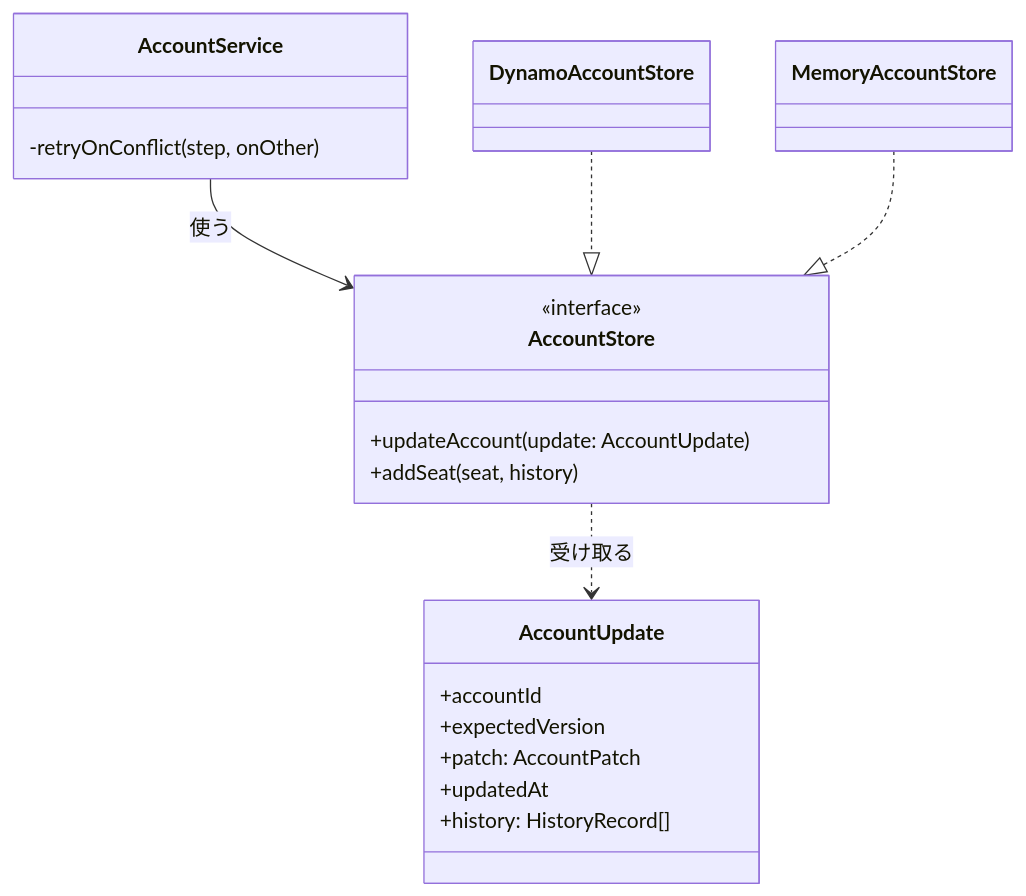
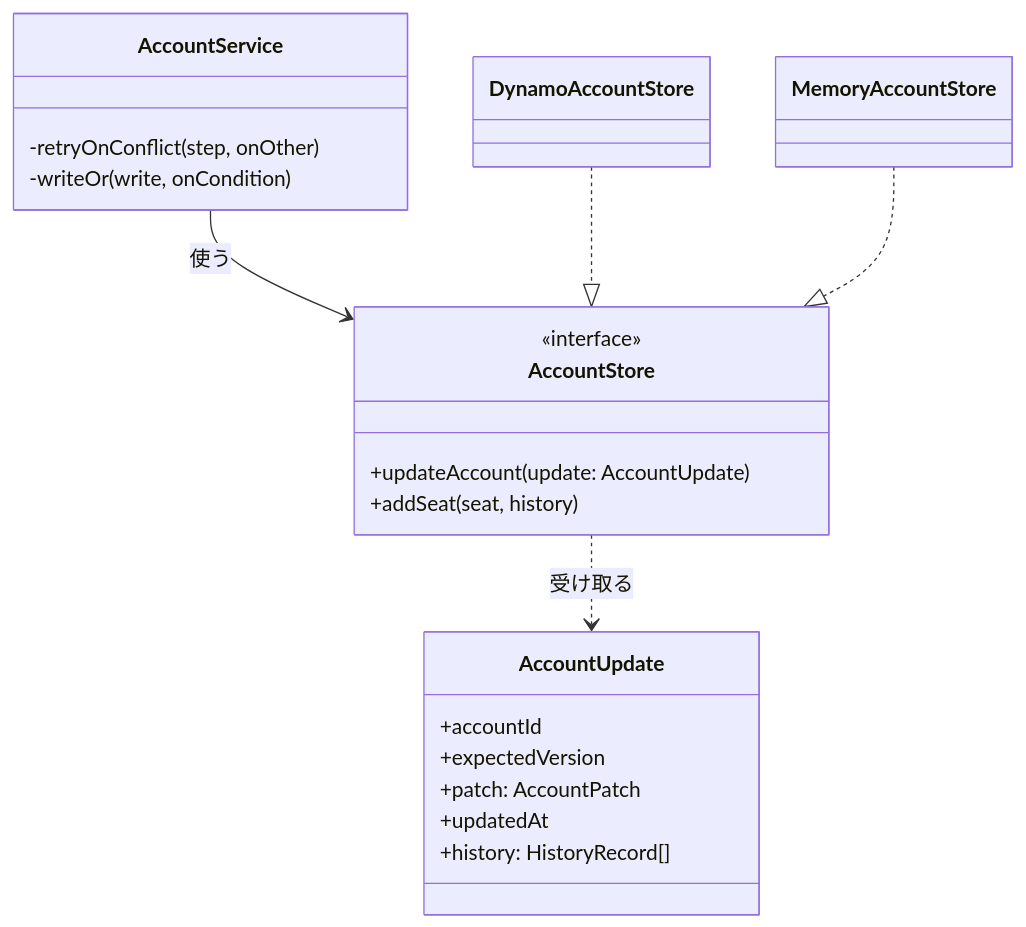
One commit to devbasex/ai-plugins changed the second of 4 diagrams in issues/issue-2199-design.md. Above: the diagram before and after it, drawn with Mermaid. The commit also changed other lines of this file, not shown here.

````diff
--- a/issues/issue-2199-design.md
+++ b/issues/issue-2199-design.md
@@ -211,22 +213,23 @@
 ```mermaid
 classDiagram
     class AccountStore {
         <<interface>>
         +updateAccount(update: AccountUpdate)
         +addSeat(seat, history)
     }
     class AccountUpdate {
         +accountId
         +expectedVersion
         +patch: AccountPatch
         +updatedAt
         +history: HistoryRecord[]
     }
     class AccountService {
         -retryOnConflict(step, onOther)
+        -writeOr(write, onCondition)
     }
     AccountStore ..> AccountUpdate : 受け取る
     AccountService --> AccountStore : 使う
     DynamoAccountStore ..|> AccountStore
     MemoryAccountStore ..|> AccountStore
 ```
````
